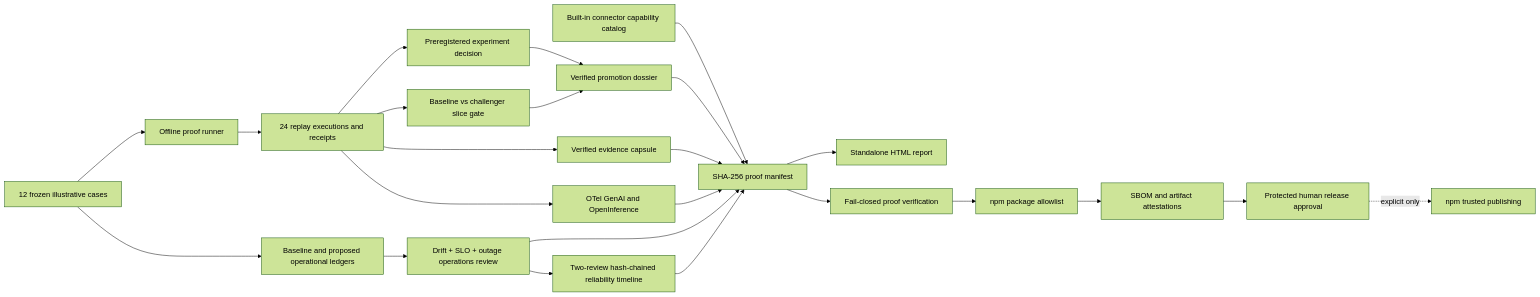
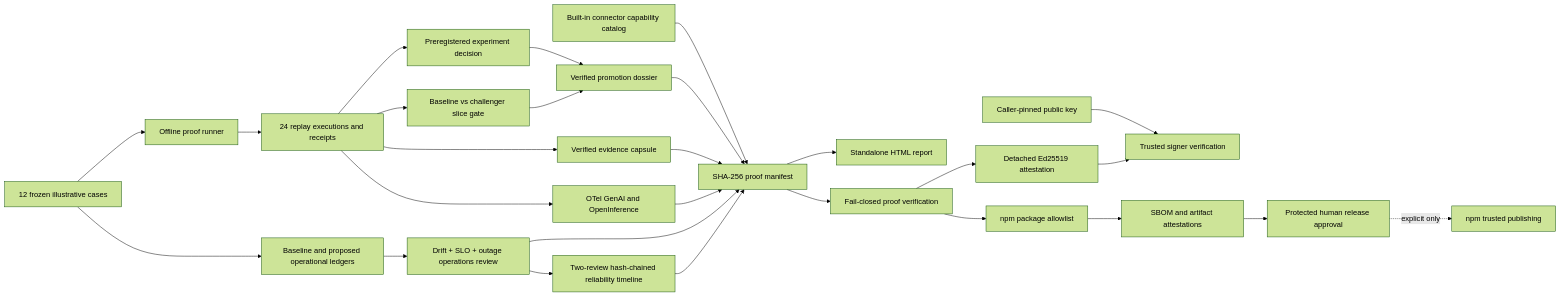
One commit to abhid1234/AgentRoute changed the second of 2 diagrams in docs/architecture.md. Above: the diagram before and after it, drawn with Mermaid (forest theme). The commit also changed other lines of this file and 8 other files, not shown here.

````diff
--- a/docs/architecture.md
+++ b/docs/architecture.md
@@ -163,26 +163,29 @@
 ```mermaid
 flowchart LR
   CASES[12 frozen illustrative cases] --> RUN[Offline proof runner]
   RUN --> RECEIPTS[24 replay executions and receipts]
   CASES --> OPLEDGERS[Baseline and proposed operational ledgers]
   RECEIPTS --> DECISION[Preregistered experiment decision]
   RECEIPTS --> GATE[Baseline vs challenger slice gate]
   DECISION --> DOSSIER[Verified promotion dossier]
   GATE --> DOSSIER
   RECEIPTS --> CAPSULE[Verified evidence capsule]
   RECEIPTS --> EXPORTS[OTel GenAI and OpenInference]
   OPLEDGERS --> OPS[Drift + SLO + outage operations review]
   OPS --> HISTORY[Two-review hash-chained reliability timeline]
   CATALOG[Built-in connector capability catalog] --> MANIFEST
   DOSSIER --> MANIFEST[SHA-256 proof manifest]
   CAPSULE --> MANIFEST
   EXPORTS --> MANIFEST
   OPS --> MANIFEST
   HISTORY --> MANIFEST
   MANIFEST --> REPORT[Standalone HTML report]
   MANIFEST --> VERIFY[Fail-closed proof verification]
+  VERIFY --> SIGN[Detached Ed25519 attestation]
+  PUBKEY[Caller-pinned public key] --> TRUST[Trusted signer verification]
+  SIGN --> TRUST
   VERIFY --> PACK[npm package allowlist]
   PACK --> SUPPLY[SBOM and artifact attestations]
   SUPPLY --> APPROVAL[Protected human release approval]
   APPROVAL -. explicit only .-> NPM[npm trusted publishing]
 ```
````
